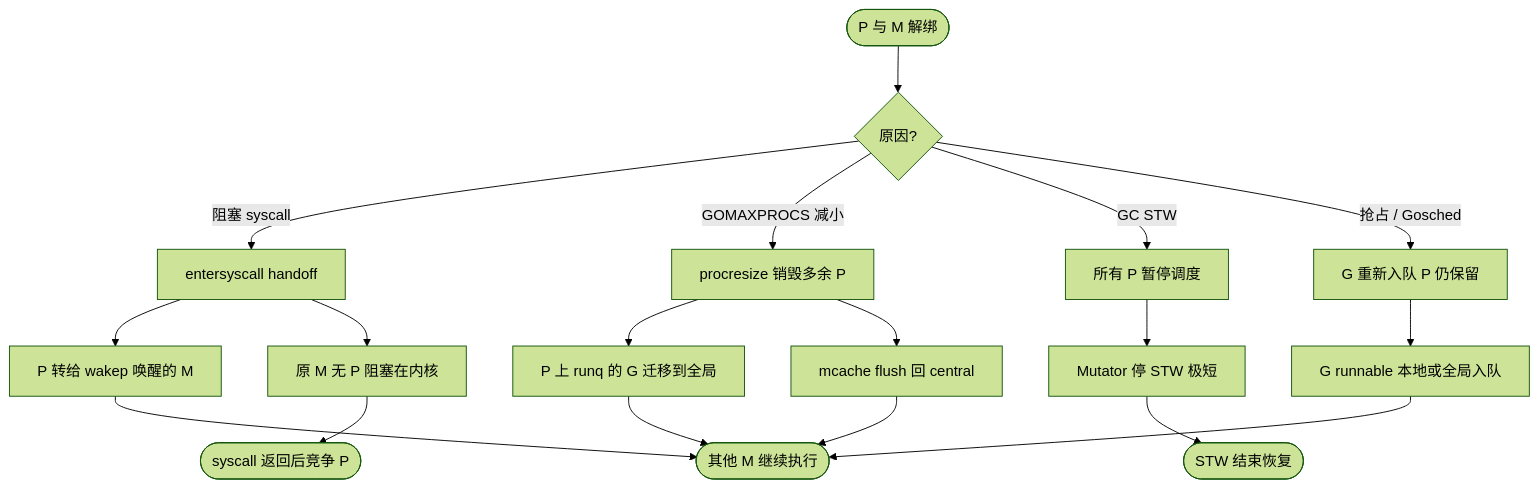
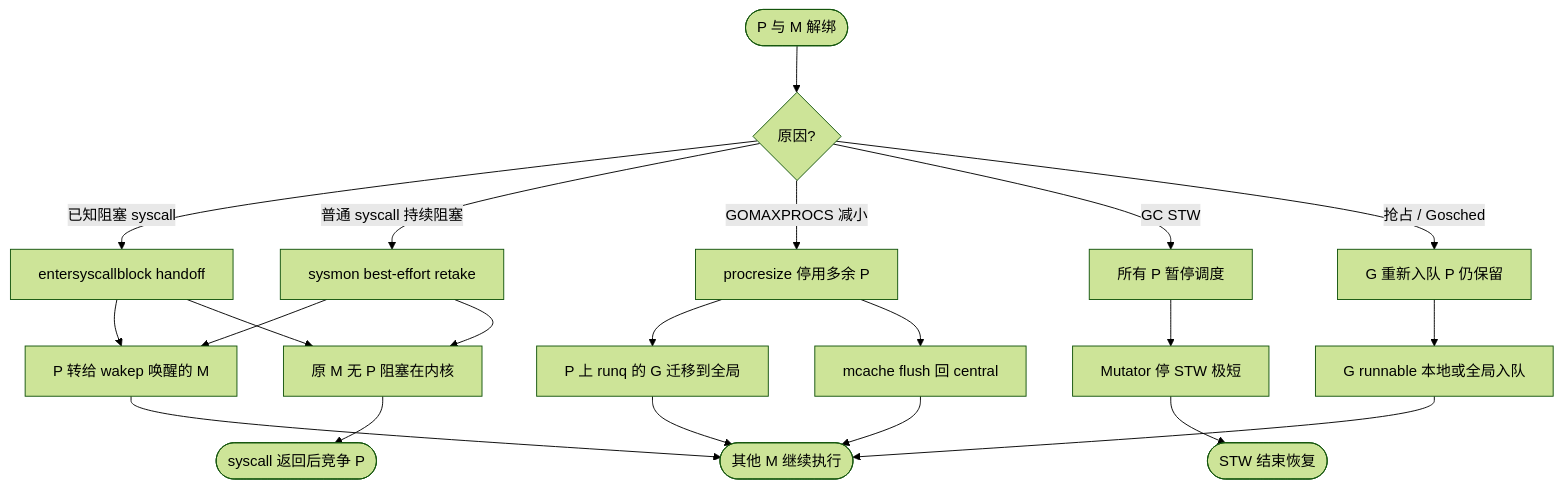
One commit to twodog-tt/Golang-development-manual changed the fifth of 12 diagrams in docs/interview/01-runtime-concurrency/S-CONC-02-gmp-roles.md. Above: the diagram before and after it, drawn with Mermaid (forest theme). The commit also changed other lines of this file and 438 other files, not shown here.

````diff
--- a/docs/interview/01-runtime-concurrency/S-CONC-02-gmp-roles.md
+++ b/docs/interview/01-runtime-concurrency/S-CONC-02-gmp-roles.md
@@ -182,22 +186,25 @@
 ```mermaid
 flowchart TD
   Start([P 与 M 解绑]) --> Reason{原因?}
-  Reason -->|阻塞 syscall| S1[entersyscall handoff]
-  Reason -->|GOMAXPROCS 减小| S2[procresize 销毁多余 P]
+  Reason -->|已知阻塞 syscall| S1[entersyscallblock handoff]
+  Reason -->|普通 syscall 持续阻塞| S1b[sysmon best-effort retake]
+  Reason -->|GOMAXPROCS 减小| S2[procresize 停用多余 P]
   Reason -->|GC STW| S3[所有 P 暂停调度]
   Reason -->|抢占 / Gosched| S4[G 重新入队 P 仍保留]
 
   S1 --> A1[P 转给 wakep 唤醒的 M]
   S1 --> A2[原 M 无 P 阻塞在内核]
+  S1b --> A1
+  S1b --> A2
   S2 --> B1[P 上 runq 的 G 迁移到全局]
   S2 --> B2[mcache  flush 回 central]
   S3 --> C1[Mutator 停 STW 极短]
   S4 --> D1[G runnable 本地或全局入队]
 
   A1 --> End([其他 M 继续执行])
   A2 --> End2([syscall 返回后竞争 P])
   B1 --> End
   B2 --> End
   C1 --> End3([STW 结束恢复])
   D1 --> End
 ```
````
